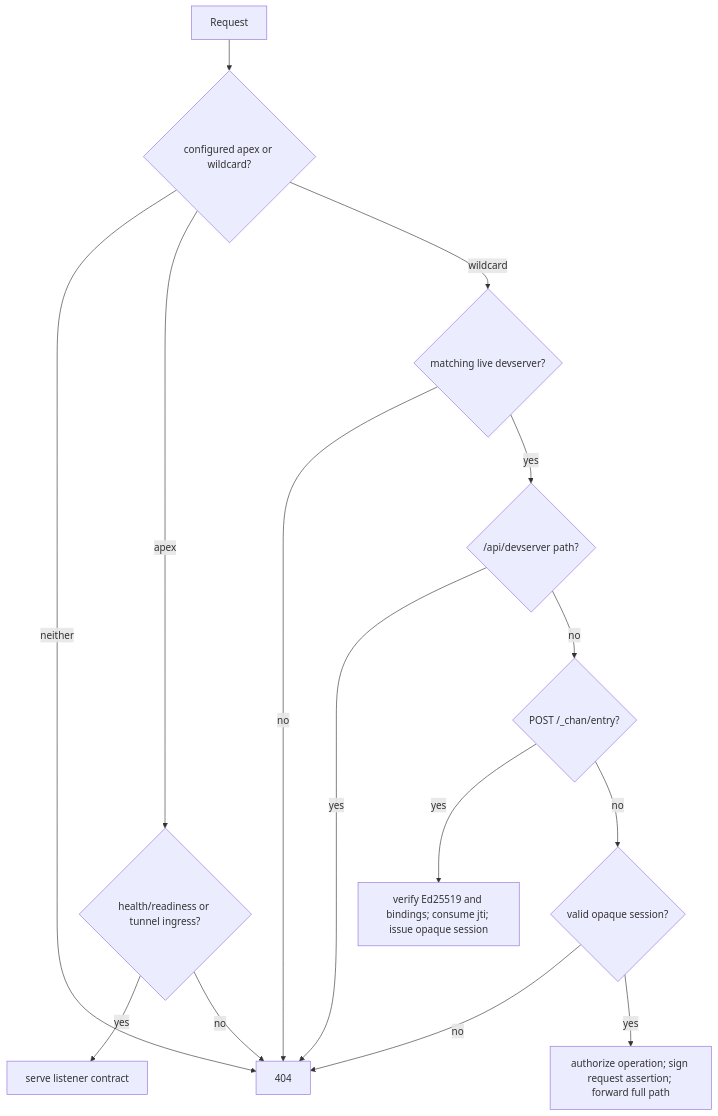
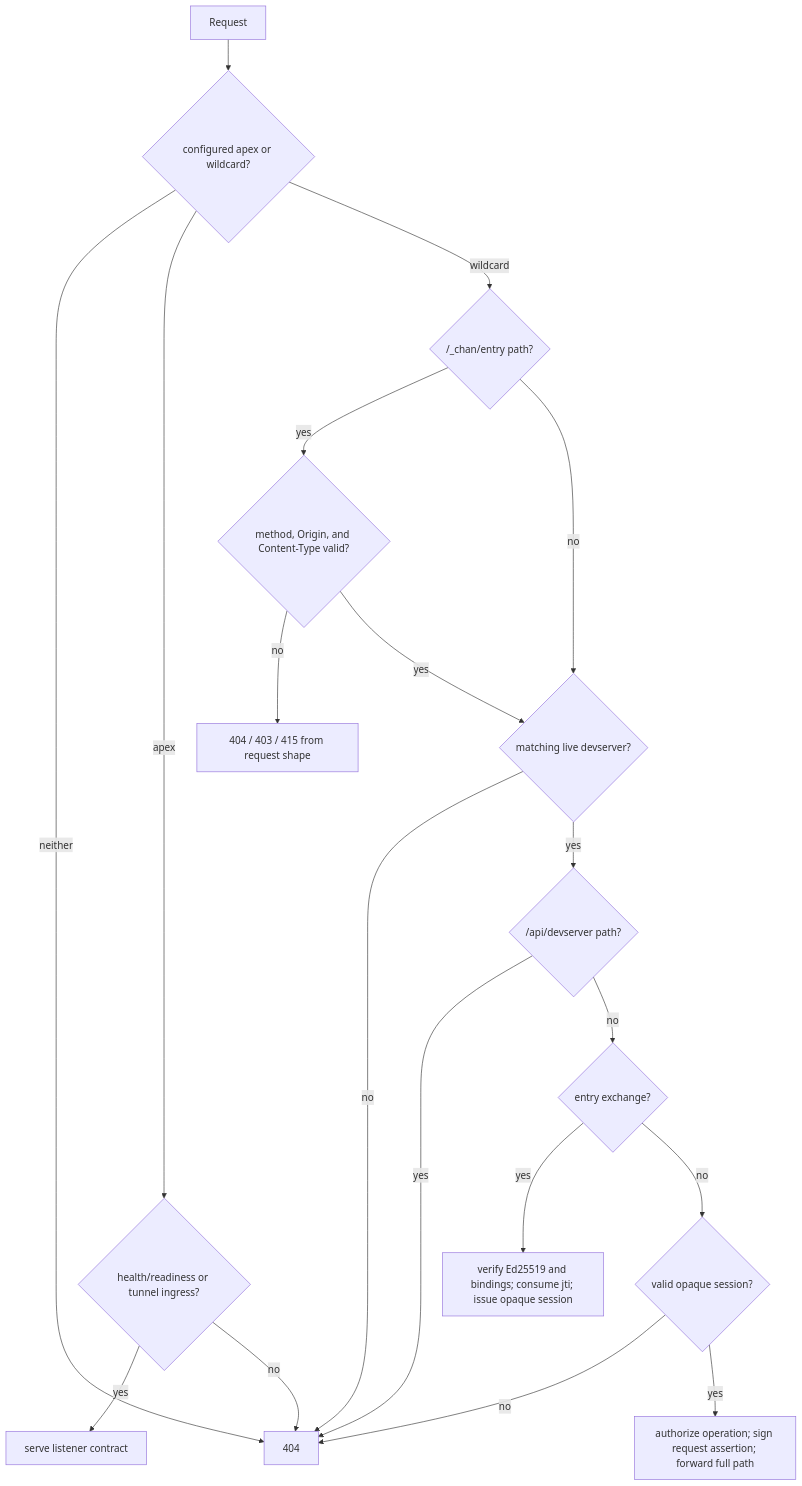
The diagram in gateway/crates/devserver-proxy/design.md (fiorix/chan), drawn with Mermaid before and after one commit. The commit also changed other lines of this file and 11 other files, not shown here.

````diff
--- a/gateway/crates/devserver-proxy/design.md
+++ b/gateway/crates/devserver-proxy/design.md
@@ -33,17 +33,21 @@
 ```mermaid
 flowchart TD
     R[Request] --> H{configured apex or wildcard?}
     H -->|neither| N[404]
     H -->|apex| A{health/readiness or tunnel ingress?}
     A -->|yes| S[serve listener contract]
     A -->|no| N
-    H -->|wildcard| L{matching live devserver?}
+    H -->|wildcard| E{/_chan/entry path?}
+    E -->|yes| Q{method, Origin, and Content-Type valid?}
+    Q -->|no| F[404 / 403 / 415 from request shape]
+    Q -->|yes| L{matching live devserver?}
+    E -->|no| L
     L -->|no| N
     L -->|yes| M{/api/devserver path?}
     M -->|yes| N
-    M -->|no| E{POST /_chan/entry?}
-    E -->|yes| X[verify Ed25519 and bindings; consume jti; issue opaque session]
-    E -->|no| C{valid opaque session?}
+    M -->|no| B{entry exchange?}
+    B -->|yes| X[verify Ed25519 and bindings; consume jti; issue opaque session]
+    B -->|no| C{valid opaque session?}
     C -->|no| N
     C -->|yes| P[authorize operation; sign request assertion; forward full path]
 ```
````
